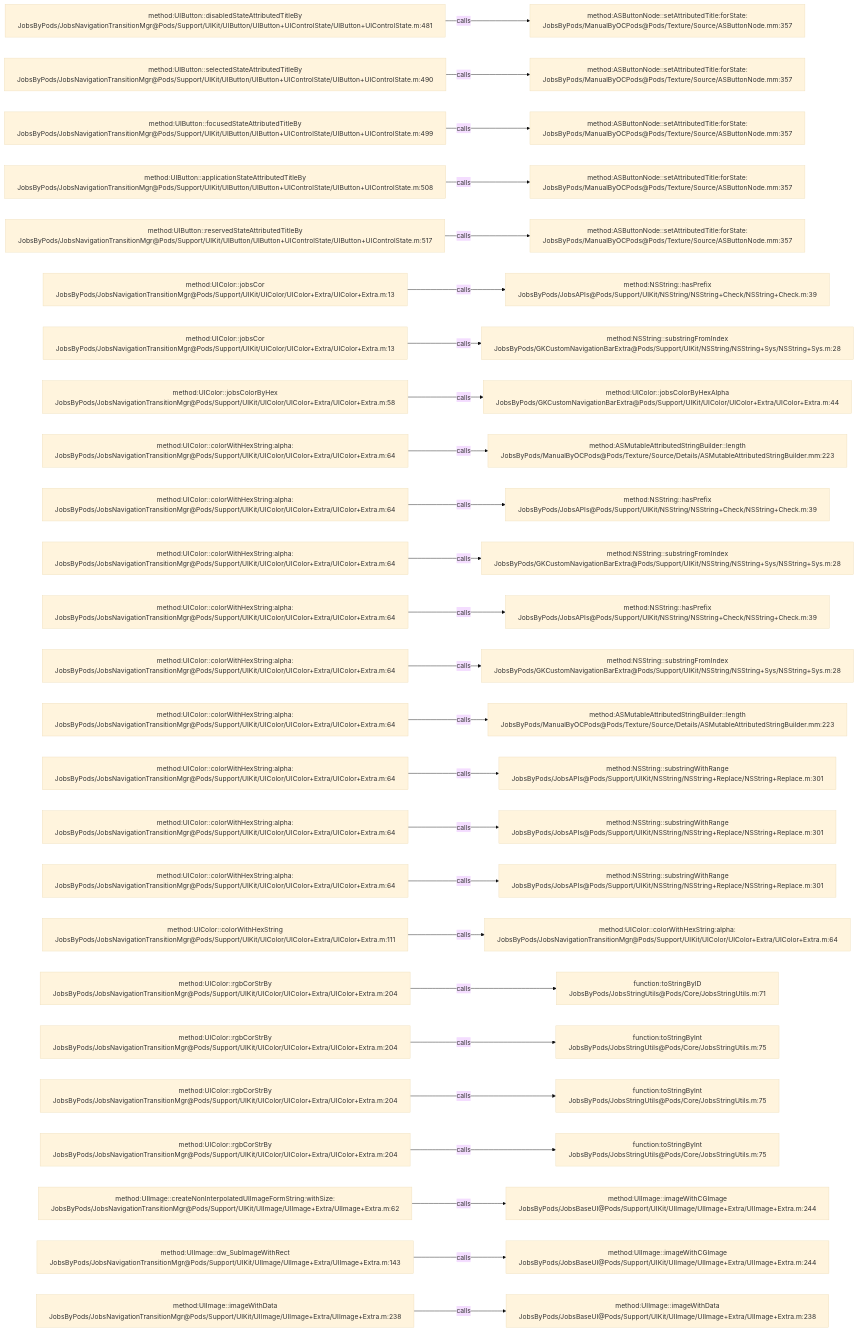
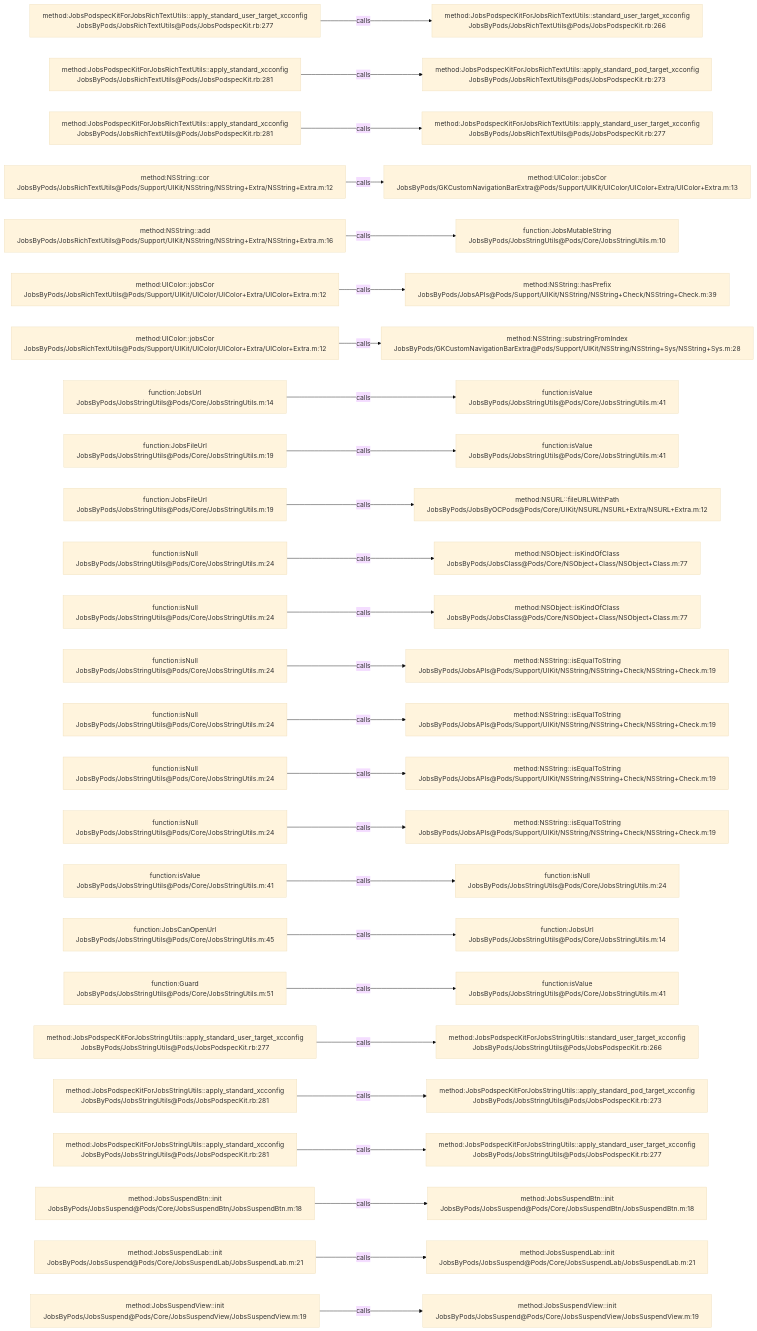
Before and after one commit to JobsKits/JobsOCBaseConfigDemo: the diagram in .codegraph/codegraph.md/graphs/calls-168.md, drawn with Mermaid (base theme). The commit also changed 1026 other files, not shown here.

````diff
--- a/.codegraph/codegraph.md/graphs/calls-168.md
+++ b/.codegraph/codegraph.md/graphs/calls-168.md
@@ -13,78 +13,78 @@
 ```mermaid
 flowchart LR
-  S1["method:UIButton::disabledStateAttributedTitleBy<br/>JobsByPods/JobsNavigationTransitionMgr@Pods/Support/UIKit/UIButton/UIButton+UIControlState/UIButton+UIControlState.m:481"]
-  T1["method:ASButtonNode::setAttributedTitle:forState:<br/>JobsByPods/ManualByOCPods@Pods/Texture/Source/ASButtonNode.mm:357"]
+  S1["method:JobsPodspecKitForJobsRichTextUtils::apply_standard_user_target_xcconfig<br/>JobsByPods/JobsRichTextUtils@Pods/JobsPodspecKit.rb:277"]
+  T1["method:JobsPodspecKitForJobsRichTextUtils::standard_user_target_xcconfig<br/>JobsByPods/JobsRichTextUtils@Pods/JobsPodspecKit.rb:266"]
   S1 -->|calls| T1
-  S2["method:UIButton::selectedStateAttributedTitleBy<br/>JobsByPods/JobsNavigationTransitionMgr@Pods/Support/UIKit/UIButton/UIButton+UIControlState/UIButton+UIControlState.m:490"]
-  T2["method:ASButtonNode::setAttributedTitle:forState:<br/>JobsByPods/ManualByOCPods@Pods/Texture/Source/ASButtonNode.mm:357"]
+  S2["method:JobsPodspecKitForJobsRichTextUtils::apply_standard_xcconfig<br/>JobsByPods/JobsRichTextUtils@Pods/JobsPodspecKit.rb:281"]
+  T2["method:JobsPodspecKitForJobsRichTextUtils::apply_standard_pod_target_xcconfig<br/>JobsByPods/JobsRichTextUtils@Pods/JobsPodspecKit.rb:273"]
   S2 -->|calls| T2
-  S3["method:UIButton::focusedStateAttributedTitleBy<br/>JobsByPods/JobsNavigationTransitionMgr@Pods/Support/UIKit/UIButton/UIButton+UIControlState/UIButton+UIControlState.m:499"]
-  T3["method:ASButtonNode::setAttributedTitle:forState:<br/>JobsByPods/ManualByOCPods@Pods/Texture/Source/ASButtonNode.mm:357"]
+  S3["method:JobsPodspecKitForJobsRichTextUtils::apply_standard_xcconfig<br/>JobsByPods/JobsRichTextUtils@Pods/JobsPodspecKit.rb:281"]
+  T3["method:JobsPodspecKitForJobsRichTextUtils::apply_standard_user_target_xcconfig<br/>JobsByPods/JobsRichTextUtils@Pods/JobsPodspecKit.rb:277"]
   S3 -->|calls| T3
-  S4["method:UIButton::applicationStateAttributedTitleBy<br/>JobsByPods/JobsNavigationTransitionMgr@Pods/Support/UIKit/UIButton/UIButton+UIControlState/UIButton+UIControlState.m:508"]
-  T4["method:ASButtonNode::setAttributedTitle:forState:<br/>JobsByPods/ManualByOCPods@Pods/Texture/Source/ASButtonNode.mm:357"]
+  S4["method:NSString::cor<br/>JobsByPods/JobsRichTextUtils@Pods/Support/UIKit/NSString/NSString+Extra/NSString+Extra.m:12"]
+  T4["method:UIColor::jobsCor<br/>JobsByPods/GKCustomNavigationBarExtra@Pods/Support/UIKit/UIColor/UIColor+Extra/UIColor+Extra.m:13"]
   S4 -->|calls| T4
-  S5["method:UIButton::reservedStateAttributedTitleBy<br/>JobsByPods/JobsNavigationTransitionMgr@Pods/Support/UIKit/UIButton/UIButton+UIControlState/UIButton+UIControlState.m:517"]
-  T5["method:ASButtonNode::setAttributedTitle:forState:<br/>JobsByPods/ManualByOCPods@Pods/Texture/Source/ASButtonNode.mm:357"]
+  S5["method:NSString::add<br/>JobsByPods/JobsRichTextUtils@Pods/Support/UIKit/NSString/NSString+Extra/NSString+Extra.m:16"]
+  T5["function:JobsMutableString<br/>JobsByPods/JobsStringUtils@Pods/Core/JobsStringUtils.m:10"]
   S5 -->|calls| T5
-  S6["method:UIColor::jobsCor<br/>JobsByPods/JobsNavigationTransitionMgr@Pods/Support/UIKit/UIColor/UIColor+Extra/UIColor+Extra.m:13"]
+  S6["method:UIColor::jobsCor<br/>JobsByPods/JobsRichTextUtils@Pods/Support/UIKit/UIColor/UIColor+Extra/UIColor+Extra.m:12"]
   T6["method:NSString::hasPrefix<br/>JobsByPods/JobsAPIs@Pods/Support/UIKit/NSString/NSString+Check/NSString+Check.m:39"]
   S6 -->|calls| T6
-  S7["method:UIColor::jobsCor<br/>JobsByPods/JobsNavigationTransitionMgr@Pods/Support/UIKit/UIColor/UIColor+Extra/UIColor+Extra.m:13"]
+  S7["method:UIColor::jobsCor<br/>JobsByPods/JobsRichTextUtils@Pods/Support/UIKit/UIColor/UIColor+Extra/UIColor+Extra.m:12"]
   T7["method:NSString::substringFromIndex<br/>JobsByPods/GKCustomNavigationBarExtra@Pods/Support/UIKit/NSString/NSString+Sys/NSString+Sys.m:28"]
   S7 -->|calls| T7
-  S8["method:UIColor::jobsColorByHex<br/>JobsByPods/JobsNavigationTransitionMgr@Pods/Support/UIKit/UIColor/UIColor+Extra/UIColor+Extra.m:58"]
-  T8["method:UIColor::jobsColorByHexAlpha<br/>JobsByPods/GKCustomNavigationBarExtra@Pods/Support/UIKit/UIColor/UIColor+Extra/UIColor+Extra.m:44"]
+  S8["function:JobsUrl<br/>JobsByPods/JobsStringUtils@Pods/Core/JobsStringUtils.m:14"]
+  T8["function:isValue<br/>JobsByPods/JobsStringUtils@Pods/Core/JobsStringUtils.m:41"]
   S8 -->|calls| T8
-  S9["method:UIColor::colorWithHexString:alpha:<br/>JobsByPods/JobsNavigationTransitionMgr@Pods/Support/UIKit/UIColor/UIColor+Extra/UIColor+Extra.m:64"]
-  T9["method:ASMutableAttributedStringBuilder::length<br/>JobsByPods/ManualByOCPods@Pods/Texture/Source/Details/ASMutableAttributedStringBuilder.mm:223"]
+  S9["function:JobsFileUrl<br/>JobsByPods/JobsStringUtils@Pods/Core/JobsStringUtils.m:19"]
+  T9["function:isValue<br/>JobsByPods/JobsStringUtils@Pods/Core/JobsStringUtils.m:41"]
   S9 -->|calls| T9
-  S10["method:UIColor::colorWithHexString:alpha:<br/>JobsByPods/JobsNavigationTransitionMgr@Pods/Support/UIKit/UIColor/UIColor+Extra/UIColor+Extra.m:64"]
-  T10["method:NSString::hasPrefix<br/>JobsByPods/JobsAPIs@Pods/Support/UIKit/NSString/NSString+Check/NSString+Check.m:39"]
+  S10["function:JobsFileUrl<br/>JobsByPods/JobsStringUtils@Pods/Core/JobsStringUtils.m:19"]
+  T10["method:NSURL::fileURLWithPath<br/>JobsByPods/JobsByOCPods@Pods/Core/UIKit/NSURL/NSURL+Extra/NSURL+Extra.m:12"]
   S10 -->|calls| T10
-  S11["method:UIColor::colorWithHexString:alpha:<br/>JobsByPods/JobsNavigationTransitionMgr@Pods/Support/UIKit/UIColor/UIColor+Extra/UIColor+Extra.m:64"]
-  T11["method:NSString::substringFromIndex<br/>JobsByPods/GKCustomNavigationBarExtra@Pods/Support/UIKit/NSString/NSString+Sys/NSString+Sys.m:28"]
+  S11["function:isNull<br/>JobsByPods/JobsStringUtils@Pods/Core/JobsStringUtils.m:24"]
+  T11["method:NSObject::isKindOfClass<br/>JobsByPods/JobsClass@Pods/Core/NSObject+Class/NSObject+Class.m:77"]
   S11 -->|calls| T11
-  S12["method:UIColor::colorWithHexString:alpha:<br/>JobsByPods/JobsNavigationTransitionMgr@Pods/Support/UIKit/UIColor/UIColor+Extra/UIColor+Extra.m:64"]
-  T12["method:NSString::hasPrefix<br/>JobsByPods/JobsAPIs@Pods/Support/UIKit/NSString/NSString+Check/NSString+Check.m:39"]
+  S12["function:isNull<br/>JobsByPods/JobsStringUtils@Pods/Core/JobsStringUtils.m:24"]
+  T12["method:NSObject::isKindOfClass<br/>JobsByPods/JobsClass@Pods/Core/NSObject+Class/NSObject+Class.m:77"]
   S12 -->|calls| T12
-  S13["method:UIColor::colorWithHexString:alpha:<br/>JobsByPods/JobsNavigationTransitionMgr@Pods/Support/UIKit/UIColor/UIColor+Extra/UIColor+Extra.m:64"]
-  T13["method:NSString::substringFromIndex<br/>JobsByPods/GKCustomNavigationBarExtra@Pods/Support/UIKit/NSString/NSString+Sys/NSString+Sys.m:28"]
+  S13["function:isNull<br/>JobsByPods/JobsStringUtils@Pods/Core/JobsStringUtils.m:24"]
+  T13["method:NSString::isEqualToString<br/>JobsByPods/JobsAPIs@Pods/Support/UIKit/NSString/NSString+Check/NSString+Check.m:19"]
   S13 -->|calls| T13
-  S14["method:UIColor::colorWithHexString:alpha:<br/>JobsByPods/JobsNavigationTransitionMgr@Pods/Support/UIKit/UIColor/UIColor+Extra/UIColor+Extra.m:64"]
-  T14["method:ASMutableAttributedStringBuilder::length<br/>JobsByPods/ManualByOCPods@Pods/Texture/Source/Details/ASMutableAttributedStringBuilder.mm:223"]
+  S14["function:isNull<br/>JobsByPods/JobsStringUtils@Pods/Core/JobsStringUtils.m:24"]
+  T14["method:NSString::isEqualToString<br/>JobsByPods/JobsAPIs@Pods/Support/UIKit/NSString/NSString+Check/NSString+Check.m:19"]
   S14 -->|calls| T14
-  S15["method:UIColor::colorWithHexString:alpha:<br/>JobsByPods/JobsNavigationTransitionMgr@Pods/Support/UIKit/UIColor/UIColor+Extra/UIColor+Extra.m:64"]
-  T15["method:NSString::substringWithRange<br/>JobsByPods/JobsAPIs@Pods/Support/UIKit/NSString/NSString+Replace/NSString+Replace.m:301"]
+  S15["function:isNull<br/>JobsByPods/JobsStringUtils@Pods/Core/JobsStringUtils.m:24"]
+  T15["method:NSString::isEqualToString<br/>JobsByPods/JobsAPIs@Pods/Support/UIKit/NSString/NSString+Check/NSString+Check.m:19"]
   S15 -->|calls| T15
-  S16["method:UIColor::colorWithHexString:alpha:<br/>JobsByPods/JobsNavigationTransitionMgr@Pods/Support/UIKit/UIColor/UIColor+Extra/UIColor+Extra.m:64"]
-  T16["method:NSString::substringWithRange<br/>JobsByPods/JobsAPIs@Pods/Support/UIKit/NSString/NSString+Replace/NSString+Replace.m:301"]
+  S16["function:isNull<br/>JobsByPods/JobsStringUtils@Pods/Core/JobsStringUtils.m:24"]
+  T16["method:NSString::isEqualToString<br/>JobsByPods/JobsAPIs@Pods/Support/UIKit/NSString/NSString+Check/NSString+Check.m:19"]
   S16 -->|calls| T16
-  S17["method:UIColor::colorWithHexString:alpha:<br/>JobsByPods/JobsNavigationTransitionMgr@Pods/Support/UIKit/UIColor/UIColor+Extra/UIColor+Extra.m:64"]
-  T17["method:NSString::substringWithRange<br/>JobsByPods/JobsAPIs@Pods/Support/UIKit/NSString/NSString+Replace/NSString+Replace.m:301"]
+  S17["function:isValue<br/>JobsByPods/JobsStringUtils@Pods/Core/JobsStringUtils.m:41"]
+  T17["function:isNull<br/>JobsByPods/JobsStringUtils@Pods/Core/JobsStringUtils.m:24"]
   S17 -->|calls| T17
-  S18["method:UIColor::colorWithHexString<br/>JobsByPods/JobsNavigationTransitionMgr@Pods/Support/UIKit/UIColor/UIColor+Extra/UIColor+Extra.m:111"]
-  T18["method:UIColor::colorWithHexString:alpha:<br/>JobsByPods/JobsNavigationTransitionMgr@Pods/Support/UIKit/UIColor/UIColor+Extra/UIColor+Extra.m:64"]
+  S18["function:JobsCanOpenUrl<br/>JobsByPods/JobsStringUtils@Pods/Core/JobsStringUtils.m:45"]
+  T18["function:JobsUrl<br/>JobsByPods/JobsStringUtils@Pods/Core/JobsStringUtils.m:14"]
   S18 -->|calls| T18
-  S19["method:UIColor::rgbCorStrBy<br/>JobsByPods/JobsNavigationTransitionMgr@Pods/Support/UIKit/UIColor/UIColor+Extra/UIColor+Extra.m:204"]
-  T19["function:toStringByID<br/>JobsByPods/JobsStringUtils@Pods/Core/JobsStringUtils.m:71"]
+  S19["function:Guard<br/>JobsByPods/JobsStringUtils@Pods/Core/JobsStringUtils.m:51"]
+  T19["function:isValue<br/>JobsByPods/JobsStringUtils@Pods/Core/JobsStringUtils.m:41"]
   S19 -->|calls| T19
-  S20["method:UIColor::rgbCorStrBy<br/>JobsByPods/JobsNavigationTransitionMgr@Pods/Support/UIKit/UIColor/UIColor+Extra/UIColor+Extra.m:204"]
-  T20["function:toStringByInt<br/>JobsByPods/JobsStringUtils@Pods/Core/JobsStringUtils.m:75"]
+  S20["method:JobsPodspecKitForJobsStringUtils::apply_standard_user_target_xcconfig<br/>JobsByPods/JobsStringUtils@Pods/JobsPodspecKit.rb:277"]
+  T20["method:JobsPodspecKitForJobsStringUtils::standard_user_target_xcconfig<br/>JobsByPods/JobsStringUtils@Pods/JobsPodspecKit.rb:266"]
   S20 -->|calls| T20
-  S21["method:UIColor::rgbCorStrBy<br/>JobsByPods/JobsNavigationTransitionMgr@Pods/Support/UIKit/UIColor/UIColor+Extra/UIColor+Extra.m:204"]
-  T21["function:toStringByInt<br/>JobsByPods/JobsStringUtils@Pods/Core/JobsStringUtils.m:75"]
+  S21["method:JobsPodspecKitForJobsStringUtils::apply_standard_xcconfig<br/>JobsByPods/JobsStringUtils@Pods/JobsPodspecKit.rb:281"]
+  T21["method:JobsPodspecKitForJobsStringUtils::apply_standard_pod_target_xcconfig<br/>JobsByPods/JobsStringUtils@Pods/JobsPodspecKit.rb:273"]
   S21 -->|calls| T21
-  S22["method:UIColor::rgbCorStrBy<br/>JobsByPods/JobsNavigationTransitionMgr@Pods/Support/UIKit/UIColor/UIColor+Extra/UIColor+Extra.m:204"]
-  T22["function:toStringByInt<br/>JobsByPods/JobsStringUtils@Pods/Core/JobsStringUtils.m:75"]
+  S22["method:JobsPodspecKitForJobsStringUtils::apply_standard_xcconfig<br/>JobsByPods/JobsStringUtils@Pods/JobsPodspecKit.rb:281"]
+  T22["method:JobsPodspecKitForJobsStringUtils::apply_standard_user_target_xcconfig<br/>JobsByPods/JobsStringUtils@Pods/JobsPodspecKit.rb:277"]
   S22 -->|calls| T22
-  S23["method:UIImage::createNonInterpolatedUIImageFormString:withSize:<br/>JobsByPods/JobsNavigationTransitionMgr@Pods/Support/UIKit/UIImage/UIImage+Extra/UIImage+Extra.m:62"]
-  T23["method:UIImage::imageWithCGImage<br/>JobsByPods/JobsBaseUI@Pods/Support/UIKit/UIImage/UIImage+Extra/UIImage+Extra.m:244"]
+  S23["method:JobsSuspendBtn::init<br/>JobsByPods/JobsSuspend@Pods/Core/JobsSuspendBtn/JobsSuspendBtn.m:18"]
+  T23["method:JobsSuspendBtn::init<br/>JobsByPods/JobsSuspend@Pods/Core/JobsSuspendBtn/JobsSuspendBtn.m:18"]
   S23 -->|calls| T23
-  S24["method:UIImage::dw_SubImageWithRect<br/>JobsByPods/JobsNavigationTransitionMgr@Pods/Support/UIKit/UIImage/UIImage+Extra/UIImage+Extra.m:143"]
-  T24["method:UIImage::imageWithCGImage<br/>JobsByPods/JobsBaseUI@Pods/Support/UIKit/UIImage/UIImage+Extra/UIImage+Extra.m:244"]
+  S24["method:JobsSuspendLab::init<br/>JobsByPods/JobsSuspend@Pods/Core/JobsSuspendLab/JobsSuspendLab.m:21"]
+  T24["method:JobsSuspendLab::init<br/>JobsByPods/JobsSuspend@Pods/Core/JobsSuspendLab/JobsSuspendLab.m:21"]
   S24 -->|calls| T24
-  S25["method:UIImage::imageWithData<br/>JobsByPods/JobsNavigationTransitionMgr@Pods/Support/UIKit/UIImage/UIImage+Extra/UIImage+Extra.m:238"]
-  T25["method:UIImage::imageWithData<br/>JobsByPods/JobsBaseUI@Pods/Support/UIKit/UIImage/UIImage+Extra/UIImage+Extra.m:238"]
+  S25["method:JobsSuspendView::init<br/>JobsByPods/JobsSuspend@Pods/Core/JobsSuspendView/JobsSuspendView.m:19"]
+  T25["method:JobsSuspendView::init<br/>JobsByPods/JobsSuspend@Pods/Core/JobsSuspendView/JobsSuspendView.m:19"]
   S25 -->|calls| T25
 ```
````
